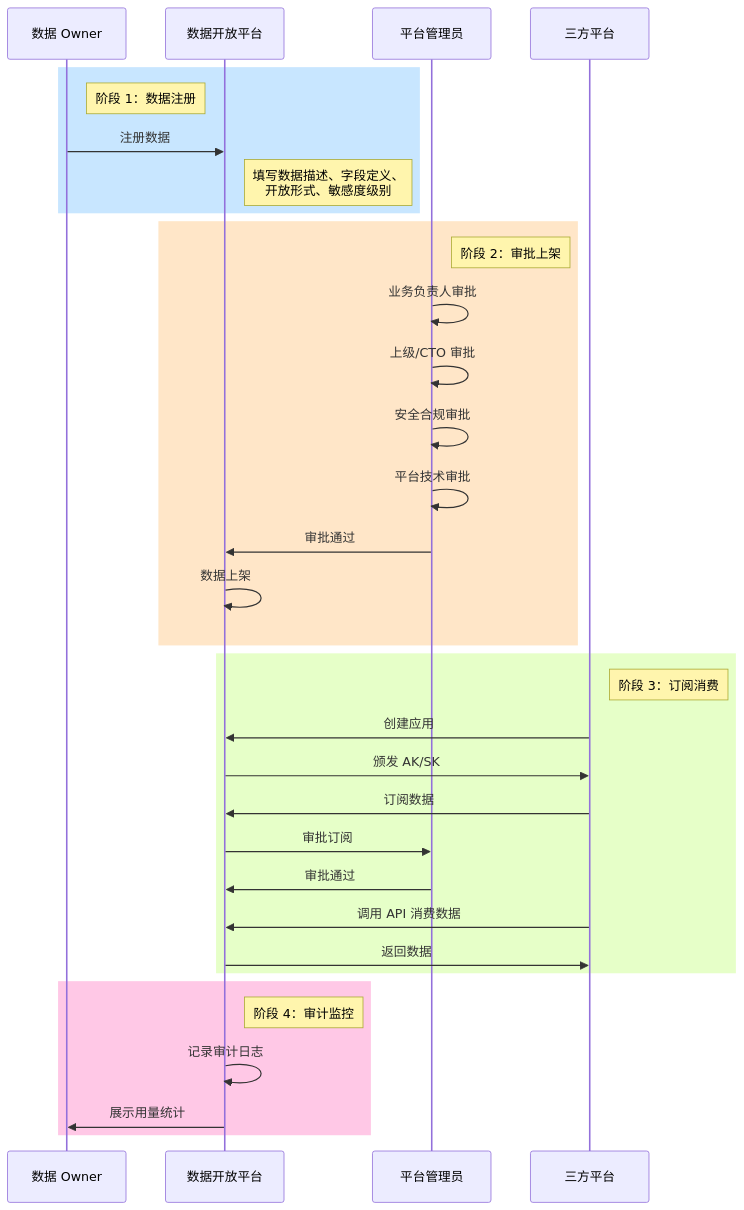
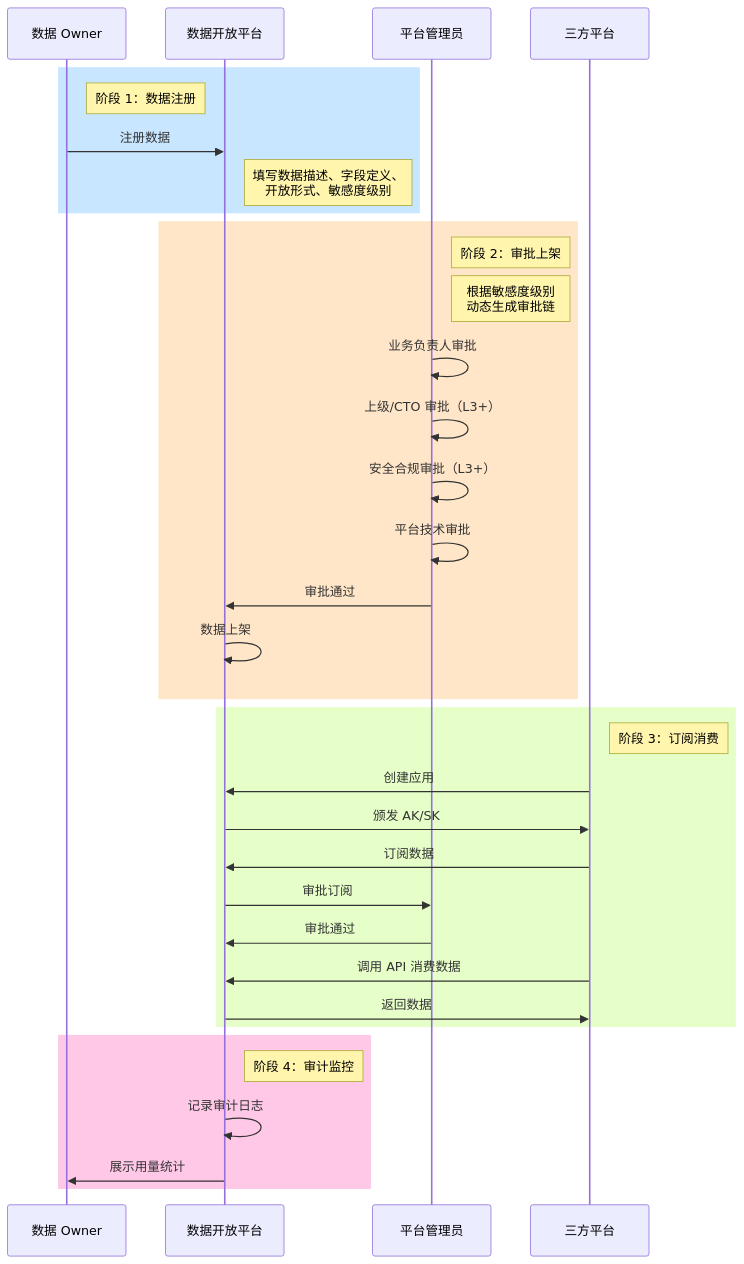
Before and after one commit to THZSummer/Product: the seventh of 10 diagrams in open-app/.specs/feature-session-001/discovery-report.md, drawn with Mermaid. The commit also changed other lines of this file, not shown here.

````diff
--- a/open-app/.specs/feature-session-001/discovery-report.md
+++ b/open-app/.specs/feature-session-001/discovery-report.md
@@ -271,40 +271,41 @@
 ```mermaid
 sequenceDiagram
     participant Owner as 数据 Owner
     participant Platform as 数据开放平台
     participant Admin as 平台管理员
     participant Consumer as 三方平台
     
     rect rgb(200, 230, 255)
         note right of Owner: 阶段 1：数据注册
         Owner->>Platform: 注册数据
         note right of Platform: 填写数据描述、字段定义、<br/>开放形式、敏感度级别
     end
     
     rect rgb(255, 230, 200)
         note right of Admin: 阶段 2：审批上架
+        note right of Admin: 根据敏感度级别<br/>动态生成审批链
         Admin->>Admin: 业务负责人审批
-        Admin->>Admin: 上级/CTO 审批
-        Admin->>Admin: 安全合规审批
+        Admin->>Admin: 上级/CTO 审批（L3+）
+        Admin->>Admin: 安全合规审批（L3+）
         Admin->>Admin: 平台技术审批
         Admin->>Platform: 审批通过
         Platform->>Platform: 数据上架
     end
     
     rect rgb(230, 255, 200)
         note right of Consumer: 阶段 3：订阅消费
         Consumer->>Platform: 创建应用
         Platform->>Consumer: 颁发 AK/SK
         Consumer->>Platform: 订阅数据
         Platform->>Admin: 审批订阅
         Admin->>Platform: 审批通过
         Consumer->>Platform: 调用 API 消费数据
         Platform->>Consumer: 返回数据
     end
     
     rect rgb(255, 200, 230)
         note right of Platform: 阶段 4：审计监控
         Platform->>Platform: 记录审计日志
         Platform->>Owner: 展示用量统计
     end
 ```
````
